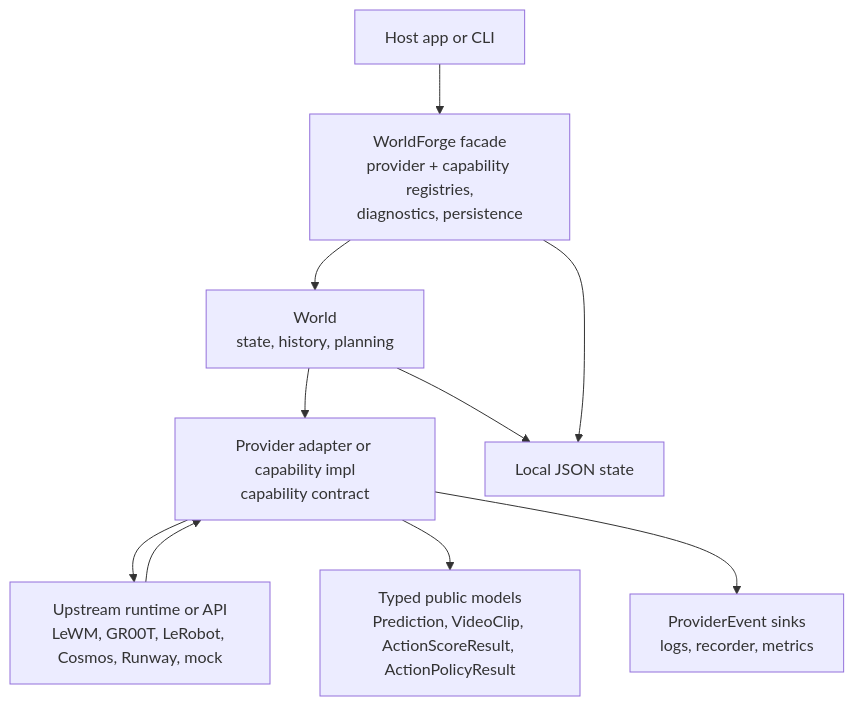
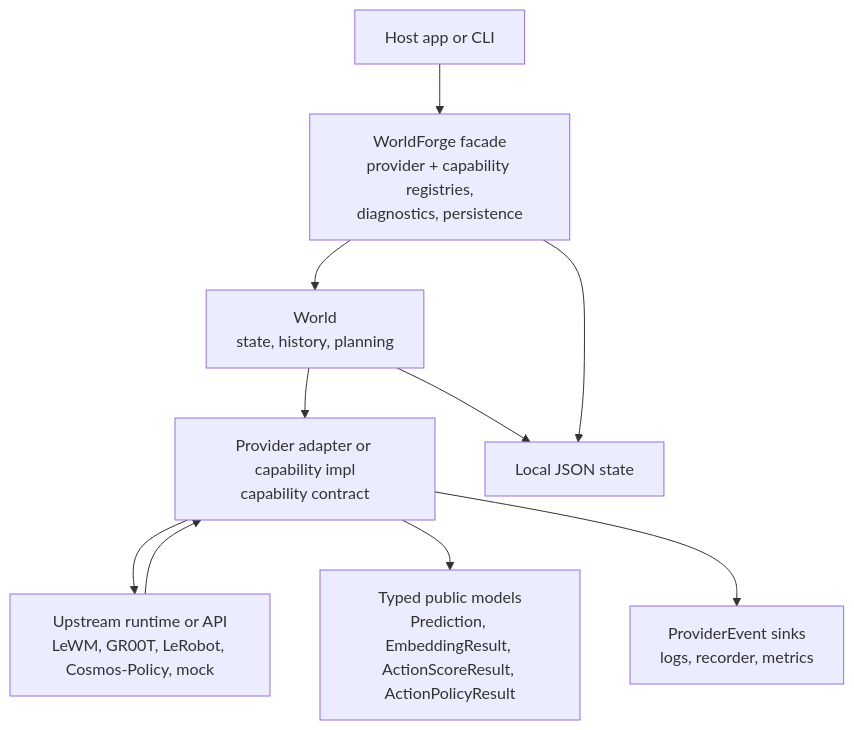
The first of 4 diagrams in docs/src/architecture.md (AbdelStark/worldforge), drawn with Mermaid before and after one commit. The commit also changed other lines of this file and 344 other files, not shown here.

````diff
--- a/docs/src/architecture.md
+++ b/docs/src/architecture.md
@@ -103,21 +101,21 @@
 ```mermaid
 flowchart TD
     Host[Host app or CLI]
     Forge[WorldForge facade\nprovider + capability registries,\ndiagnostics, persistence]
     World[World\nstate, history, planning]
     Provider[Provider adapter or capability impl\ncapability contract]
-    Upstream[Upstream runtime or API\nLeWM, GR00T, LeRobot, Cosmos, Runway, mock]
-    Models[Typed public models\nPrediction, VideoClip, ActionScoreResult, ActionPolicyResult]
+    Upstream[Upstream runtime or API\nLeWM, GR00T, LeRobot, Cosmos-Policy, mock]
+    Models[Typed public models\nPrediction, EmbeddingResult, ActionScoreResult, ActionPolicyResult]
     Obs[ProviderEvent sinks\nlogs, recorder, metrics]
     Store[Local JSON state]
 
     Host --> Forge
     Forge --> World
     World --> Provider
     Provider --> Upstream
     Upstream --> Provider
     Provider --> Models
     Provider --> Obs
     World --> Store
     Forge --> Store
 ```
````
